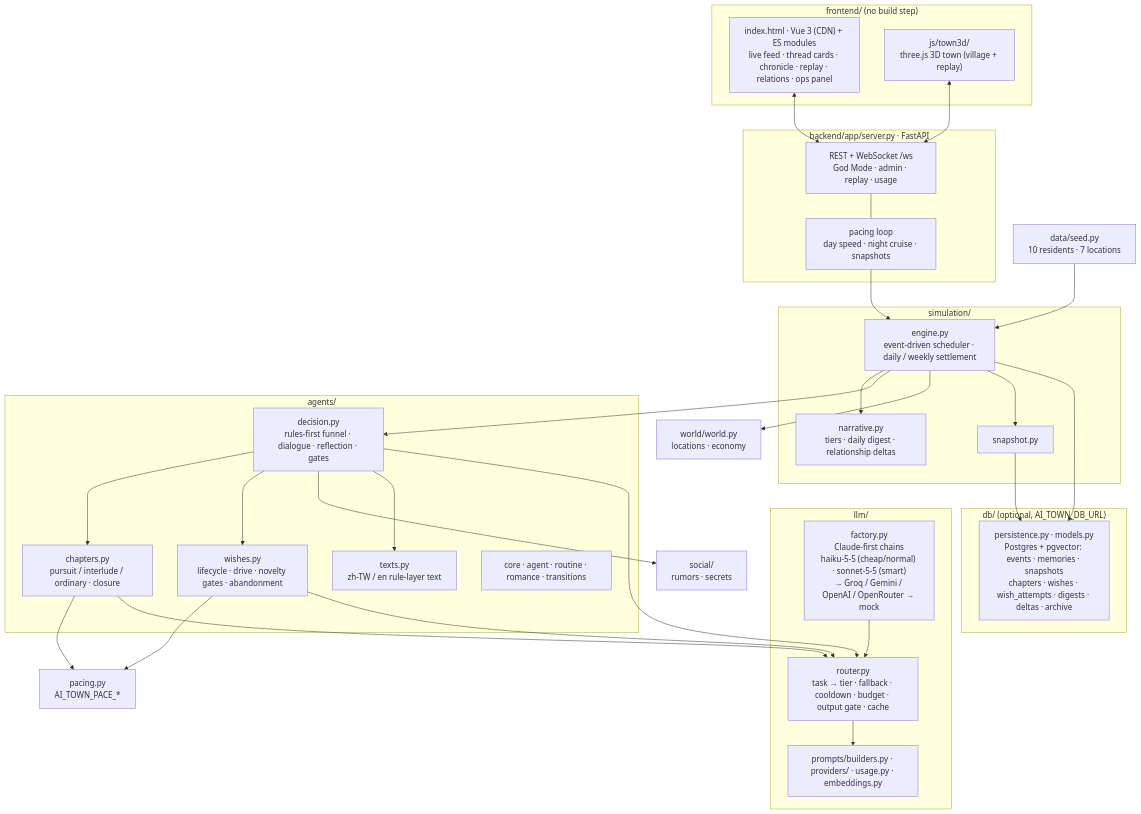
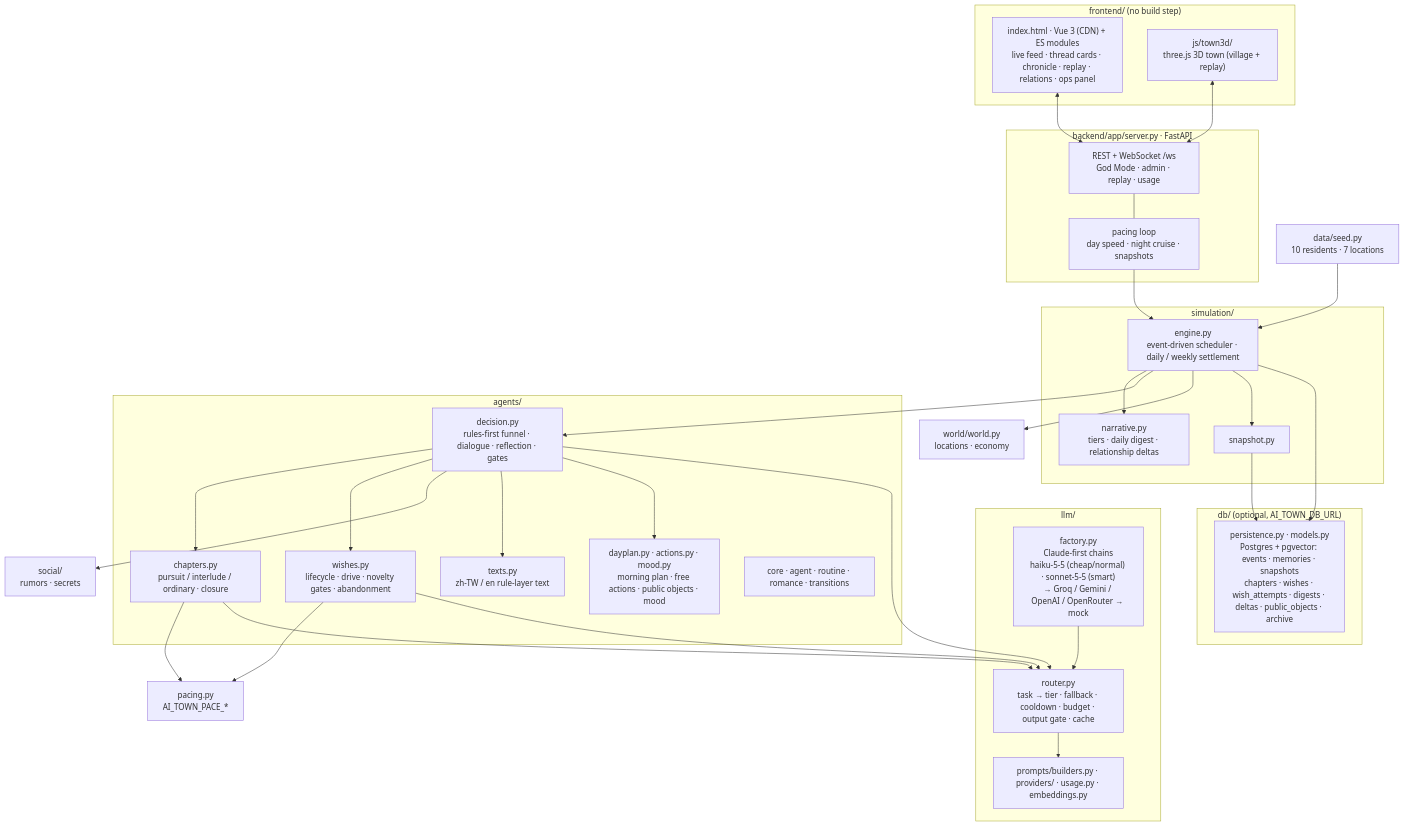
One commit to ChenYuHsu413/AITown changed the diagram in README.md. Above: the diagram before and after it, drawn with Mermaid. The commit also changed other lines of this file and 1 other file, not shown here.

Commit message:
docs: README lists the landed activation features and their tunables; public_objects in deploy

````diff
--- a/README.md
+++ b/README.md
@@ -173,58 +195,60 @@
 ```mermaid
 flowchart TB
   subgraph FE["frontend/ (no build step)"]
     UI["index.html · Vue 3 (CDN) + ES modules<br/>live feed · thread cards · chronicle · replay · relations · ops panel"]
     T3D["js/town3d/<br/>three.js 3D town (village + replay)"]
   end
 
   subgraph SRV["backend/app/server.py · FastAPI"]
     API["REST + WebSocket /ws<br/>God Mode · admin · replay · usage"]
     LOOP["pacing loop<br/>day speed · night cruise · snapshots"]
   end
 
   subgraph SIM["simulation/"]
     ENG["engine.py<br/>event-driven scheduler · daily / weekly settlement"]
     NAR["narrative.py<br/>tiers · daily digest · relationship deltas"]
     SNAP["snapshot.py"]
   end
 
   subgraph AG["agents/"]
     DEC["decision.py<br/>rules-first funnel · dialogue · reflection · gates"]
     CH["chapters.py<br/>pursuit / interlude / ordinary · closure"]
     WI["wishes.py<br/>lifecycle · drive · novelty gates · abandonment"]
     TX["texts.py<br/>zh-TW / en rule-layer text"]
+    ACT["dayplan.py · actions.py · mood.py<br/>morning plan · free actions · public objects · mood"]
     OTH["core · agent · routine · romance · transitions"]
   end
 
   SOC["social/<br/>rumors · secrets"]
   WORLD["world/world.py<br/>locations · economy"]
   PACE["pacing.py<br/>AI_TOWN_PACE_*"]
 
   subgraph LLM["llm/"]
     FAC["factory.py<br/>Claude-first chains<br/>haiku-5-5 (cheap/normal) · sonnet-5-5 (smart)<br/>→ Groq / Gemini / OpenAI / OpenRouter → mock"]
     RT["router.py<br/>task → tier · fallback · cooldown · budget · output gate · cache"]
     PR["prompts/builders.py · providers/ · usage.py · embeddings.py"]
   end
 
   subgraph DB["db/ (optional, AI_TOWN_DB_URL)"]
-    PER["persistence.py · models.py<br/>Postgres + pgvector: events · memories · snapshots<br/>chapters · wishes · wish_attempts · digests · deltas · archive"]
+    PER["persistence.py · models.py<br/>Postgres + pgvector: events · memories · snapshots<br/>chapters · wishes · wish_attempts · digests · deltas · public_objects · archive"]
   end
 
   SEED["data/seed.py<br/>10 residents · 7 locations"]
 
   UI <--> API
   T3D <--> API
   API --- LOOP --> ENG
   ENG --> NAR
   ENG --> DEC
   DEC --> CH & WI & SOC
   CH & WI --> PACE
   DEC --> TX
+  DEC --> ACT
   DEC --> RT
   CH & WI --> RT
   FAC --> RT --> PR
   ENG --> WORLD
   SEED --> ENG
   ENG --> SNAP --> PER
   ENG --> PER
 ```
````
